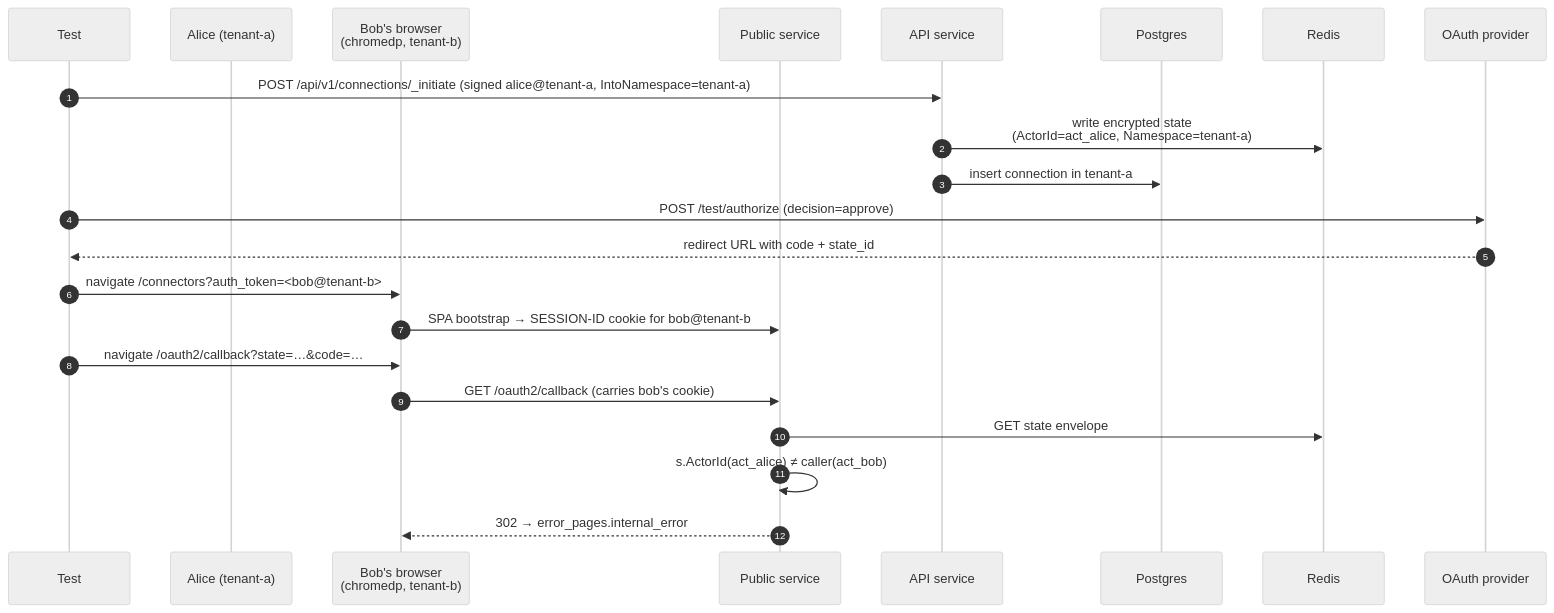
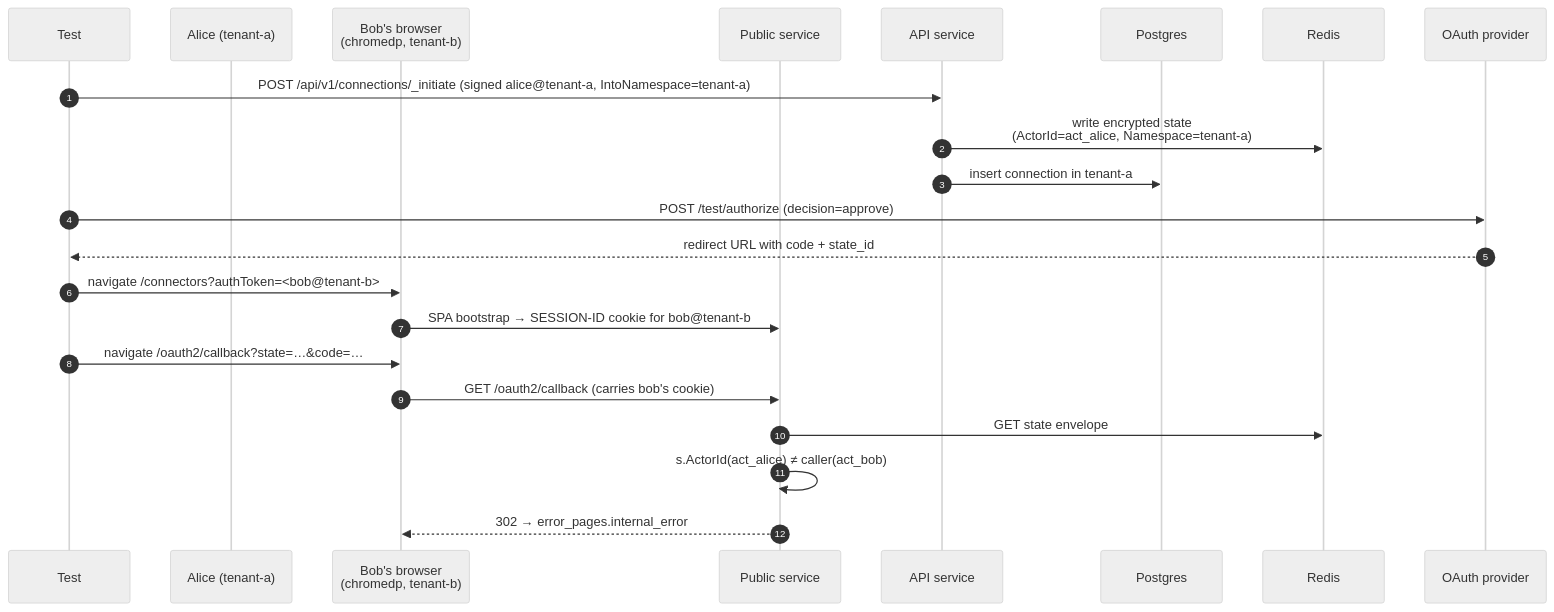
Before and after one commit to rmorlok/authproxy: the first of 2 diagrams in integration_tests/oauth2/callback_cross_namespace_test.md, drawn with Mermaid (neutral theme). The commit also changed other lines of this file and 228 other files, not shown here.

````diff
--- a/integration_tests/oauth2/callback_cross_namespace_test.md
+++ b/integration_tests/oauth2/callback_cross_namespace_test.md
@@ -155,28 +155,28 @@
 ```mermaid
 sequenceDiagram
     autonumber
     participant T as Test
     participant ATK as Alice (tenant-a)
     participant VIC as Bob's browser<br/>(chromedp, tenant-b)
     participant PUB as Public service
     participant API as API service
     participant DB as Postgres
     participant R as Redis
     participant P as OAuth provider
 
     T->>API: POST /api/v1/connections/_initiate (signed alice@tenant-a, IntoNamespace=tenant-a)
     API->>R: write encrypted state<br/>(ActorId=act_alice, Namespace=tenant-a)
     API->>DB: insert connection in tenant-a
 
     T->>P: POST /test/authorize (decision=approve)
     P-->>T: redirect URL with code + state_id
 
-    T->>VIC: navigate /connectors?auth_token=<bob@tenant-b>
+    T->>VIC: navigate /connectors?authToken=<bob@tenant-b>
     VIC->>PUB: SPA bootstrap → SESSION-ID cookie for bob@tenant-b
 
     T->>VIC: navigate /oauth2/callback?state=…&code=…
     VIC->>PUB: GET /oauth2/callback (carries bob's cookie)
     PUB->>R: GET state envelope
     PUB->>PUB: s.ActorId(act_alice) ≠ caller(act_bob)
     PUB-->>VIC: 302 → error_pages.internal_error
 ```
````
